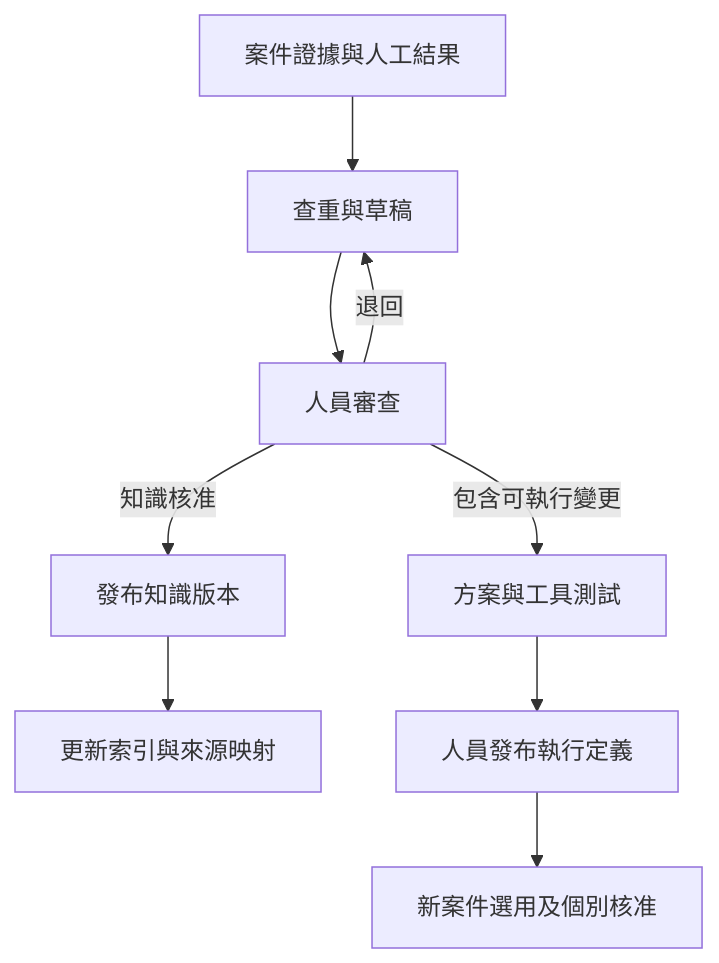
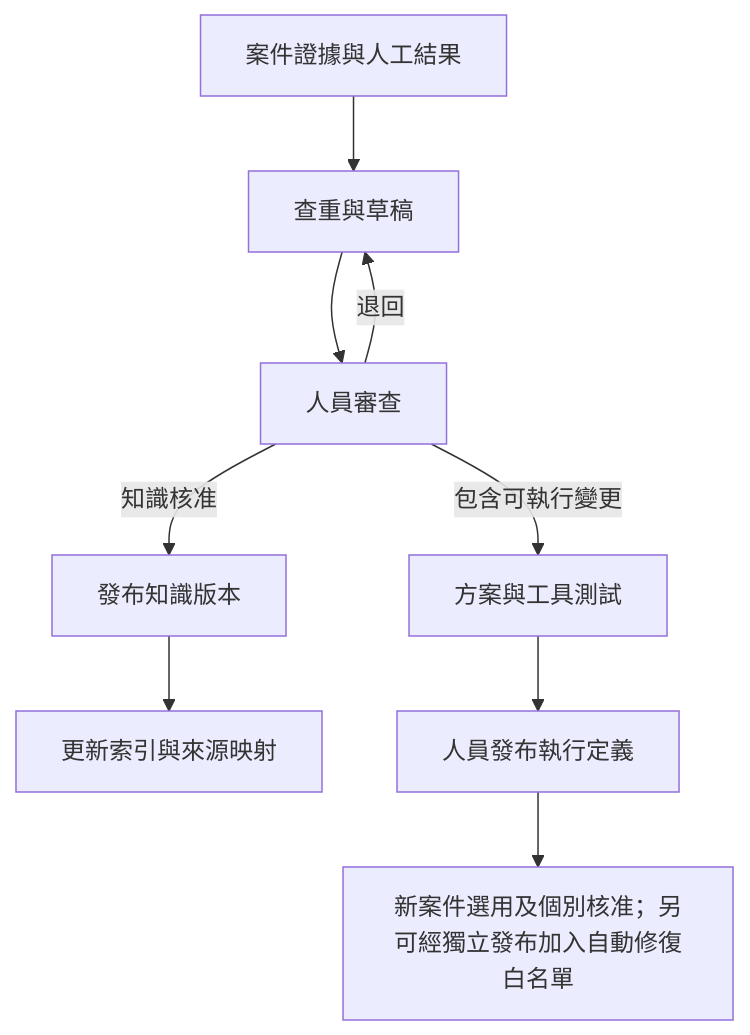
One commit to lancehuang58/ai-devops-platform changed the sixth of 6 diagrams in doc/specifications/DevOps_智慧維運應用系統分析規格書_草案.md. Above: the diagram before and after it, drawn with Mermaid. The commit also changed other lines of this file, not shown here.

````diff
--- a/doc/specifications/DevOps_智慧維運應用系統分析規格書_草案.md
+++ b/doc/specifications/DevOps_智慧維運應用系統分析規格書_草案.md
@@ -1036,11 +1007,11 @@
 ```mermaid
 flowchart TD
     A["案件證據與人工結果"] --> B["查重與草稿"]
     B --> C["人員審查"]
     C -->|退回| B
     C -->|知識核准| D["發布知識版本"]
     D --> E["更新索引與來源映射"]
     C -->|包含可執行變更| F["方案與工具測試"]
     F --> G["人員發布執行定義"]
-    G --> H["新案件選用及個別核准"]
+    G --> H["新案件選用及個別核准；另可經獨立發布加入自動修復白名單"]
 ```
````
